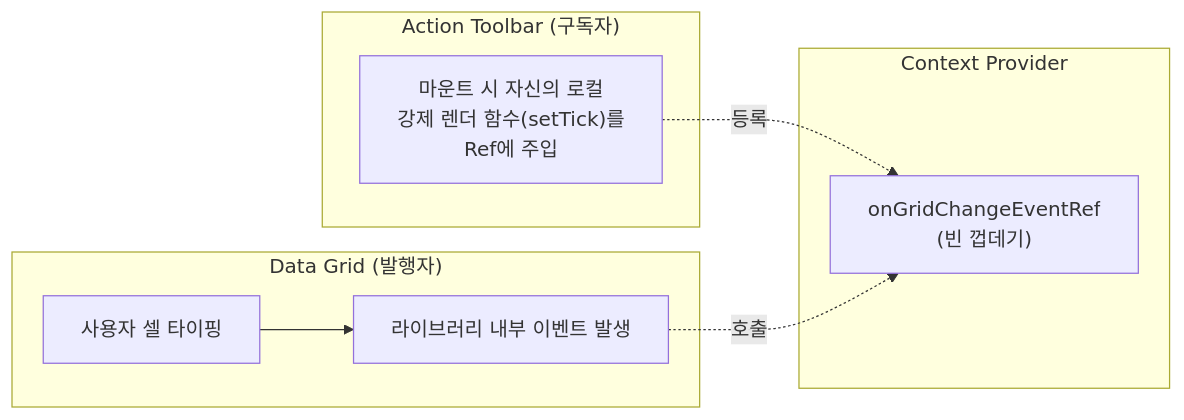
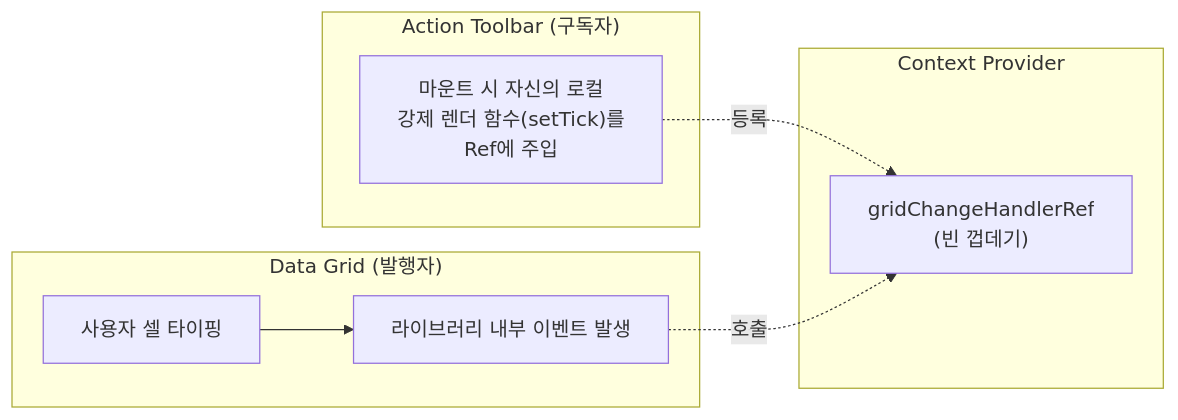
Before and after one commit to UlongChaS2/UlongChaS2.github.io: the diagram in src/contents/study/datagrid-context-useref-optimization.md, drawn with Mermaid. The commit also changed other lines of this file and 2 other files, not shown here.

````diff
--- a/src/contents/study/datagrid-context-useref-optimization.md
+++ b/src/contents/study/datagrid-context-useref-optimization.md
@@ -35,15 +35,15 @@
 ```mermaid
 graph LR
     subgraph "Context Provider"
-        C1["onGridChangeEventRef<br>(빈 껍데기)"]
+        C1["gridChangeHandlerRef<br>(빈 껍데기)"]
     end
 
     subgraph "Action Toolbar (구독자)"
         T1["마운트 시 자신의 로컬<br>강제 렌더 함수(setTick)를<br>Ref에 주입"] -. "등록" .-> C1
     end
 
     subgraph "Data Grid (발행자)"
         G1["사용자 셀 타이핑"] --> G2["라이브러리 내부 이벤트 발생"]
         G2 -. "호출" .-> C1
     end
 ```
````
